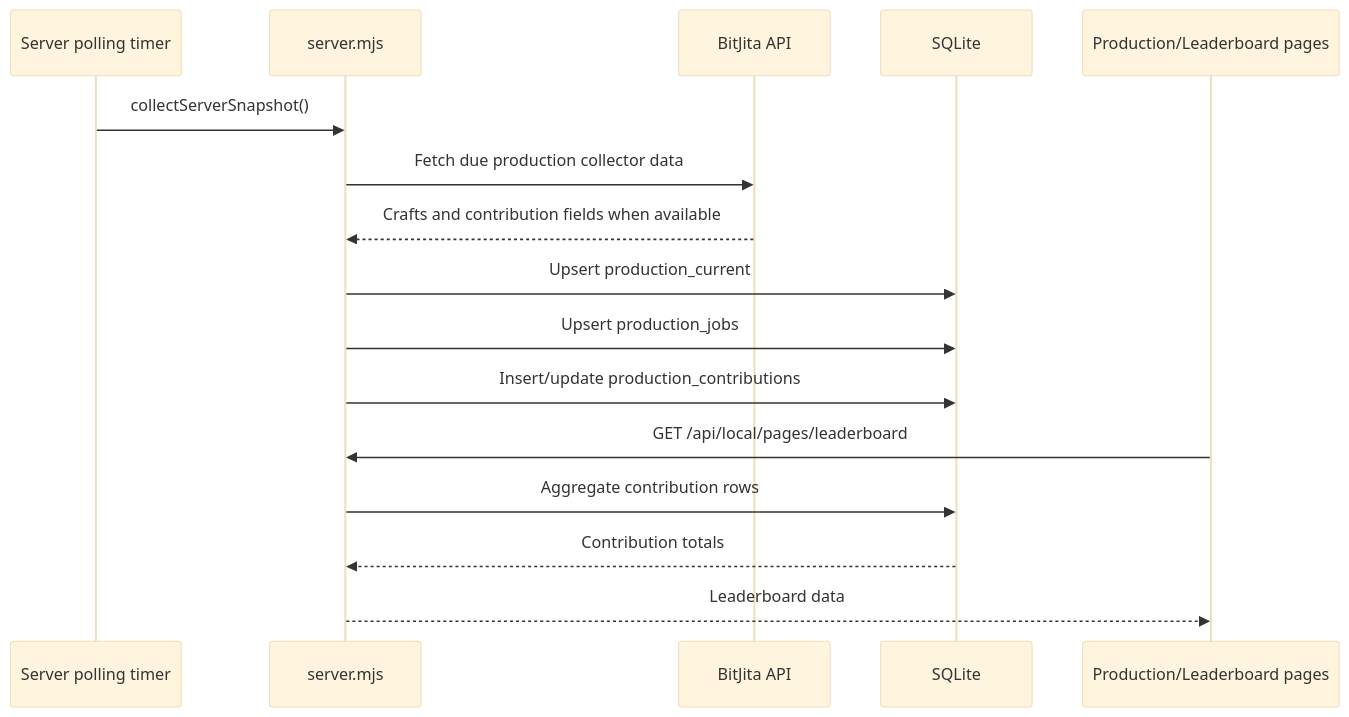
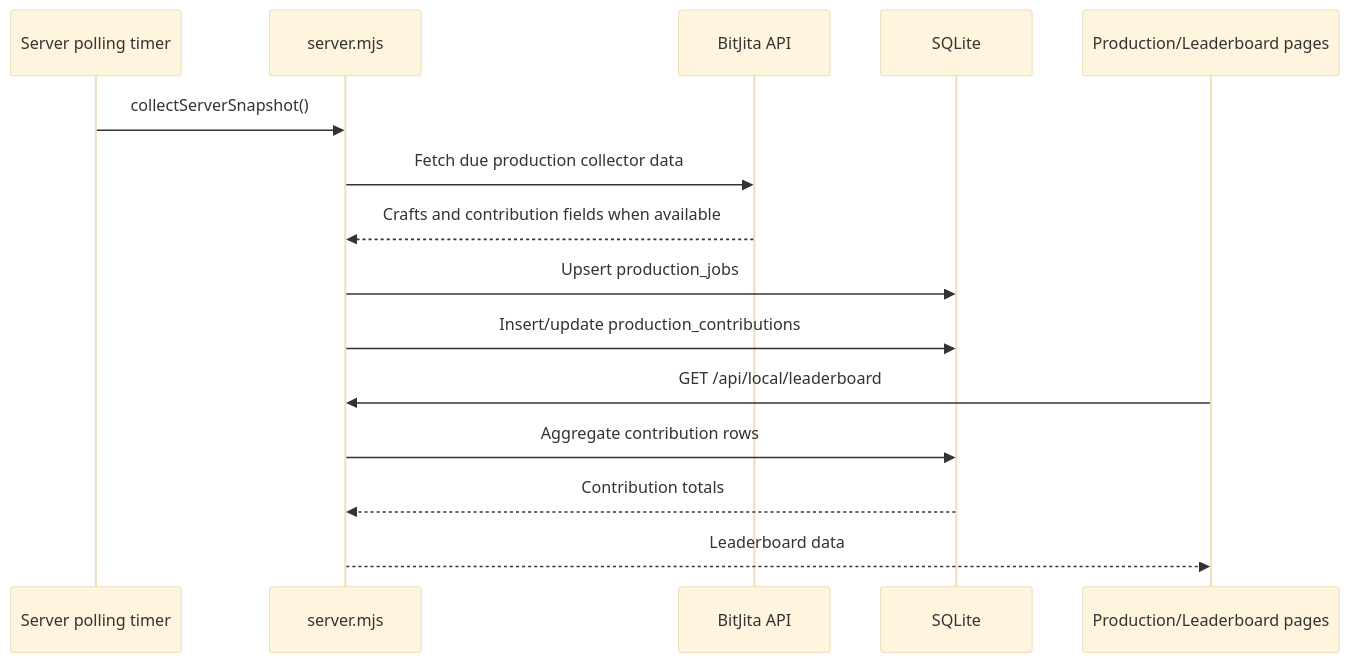
Before and after one commit to Red463/bitcraft-claim-monitor: the fourth of 6 diagrams in docs/application-overview.md, drawn with Mermaid (base theme). The commit also changed other lines of this file and 6 other files, not shown here.

````diff
--- a/docs/application-overview.md
+++ b/docs/application-overview.md
@@ -397,19 +394,18 @@
 ```mermaid
 sequenceDiagram
   participant Timer as Server polling timer
   participant S as server.mjs
   participant J as BitJita API
   participant D as SQLite
   participant UI as Production/Leaderboard pages
 
   Timer->>S: collectServerSnapshot()
   S->>J: Fetch due production collector data
   J-->>S: Crafts and contribution fields when available
-  S->>D: Upsert production_current
   S->>D: Upsert production_jobs
   S->>D: Insert/update production_contributions
-  UI->>S: GET /api/local/pages/leaderboard
+  UI->>S: GET /api/local/leaderboard
   S->>D: Aggregate contribution rows
   D-->>S: Contribution totals
   S-->>UI: Leaderboard data
 ```
````
